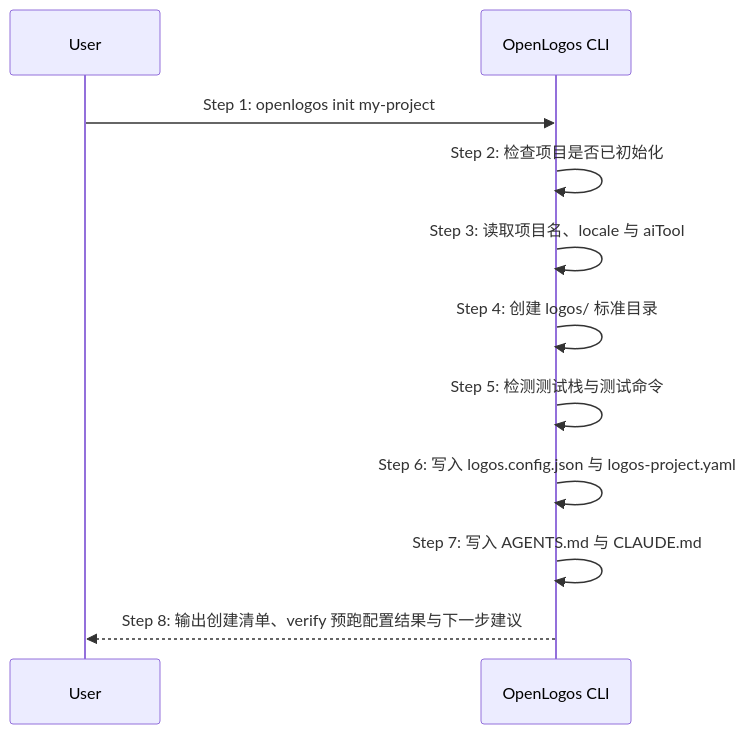
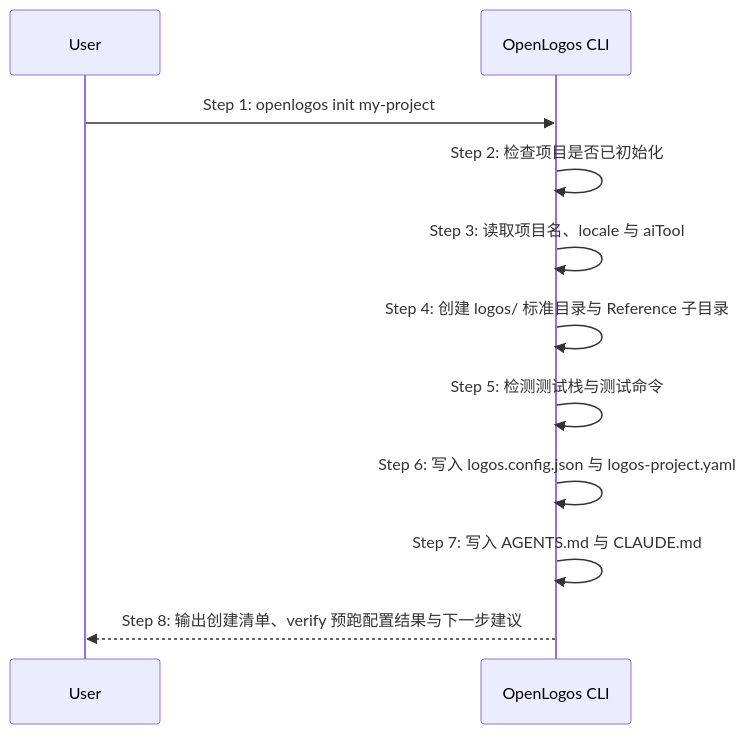
One commit to miniidealab/openlogos changed the diagram in logos/resources/prd/3-technical-plan/2-scenario-implementation/core-S01-cli-init.md. Above: the diagram before and after it, drawn with Mermaid. The commit also changed other lines of this file and 8 other files, not shown here.

````diff
--- a/logos/resources/prd/3-technical-plan/2-scenario-implementation/core-S01-cli-init.md
+++ b/logos/resources/prd/3-technical-plan/2-scenario-implementation/core-S01-cli-init.md
@@ -3,14 +3,14 @@
 ```mermaid
 sequenceDiagram
     participant U as User
     participant C as OpenLogos CLI
 
     U->>C: Step 1: openlogos init my-project
     C->>C: Step 2: 检查项目是否已初始化
     C->>C: Step 3: 读取项目名、locale 与 aiTool
-    C->>C: Step 4: 创建 logos/ 标准目录
+    C->>C: Step 4: 创建 logos/ 标准目录与 Reference 子目录
     C->>C: Step 5: 检测测试栈与测试命令
     C->>C: Step 6: 写入 logos.config.json 与 logos-project.yaml
     C->>C: Step 7: 写入 AGENTS.md 与 CLAUDE.md
     C-->>U: Step 8: 输出创建清单、verify 预跑配置结果与下一步建议
 ```
````
